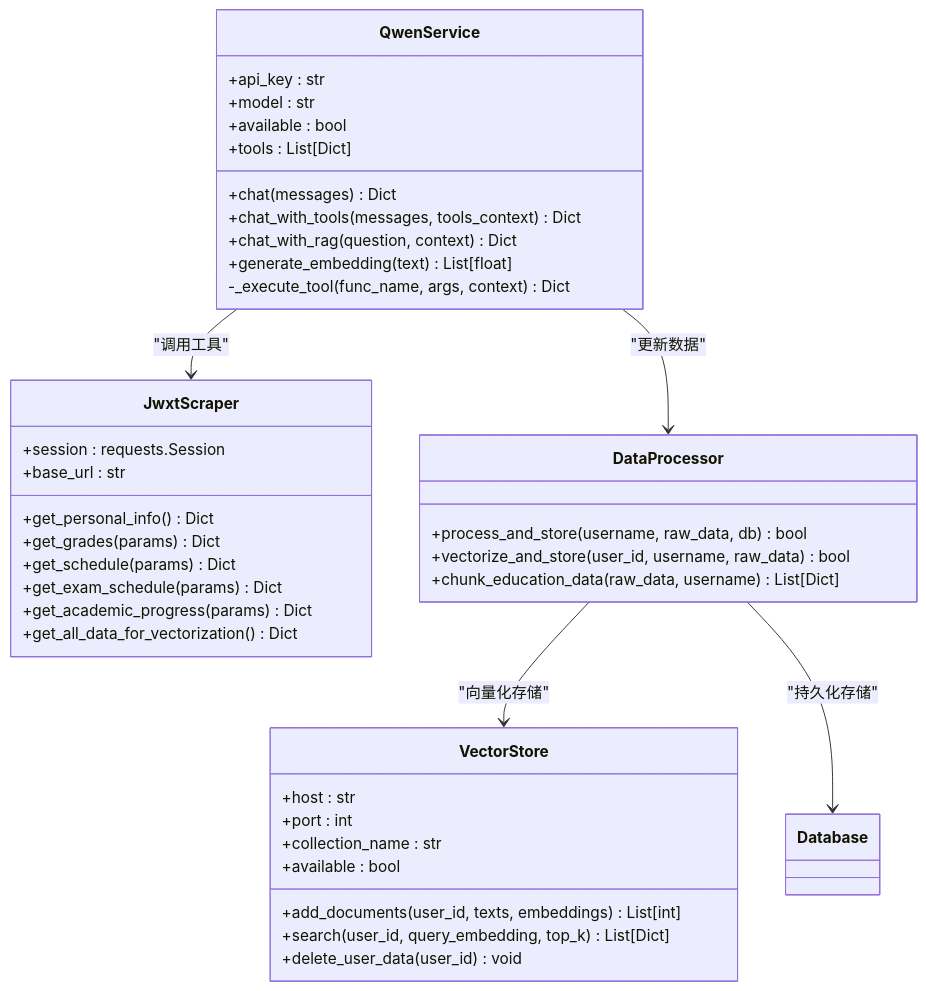
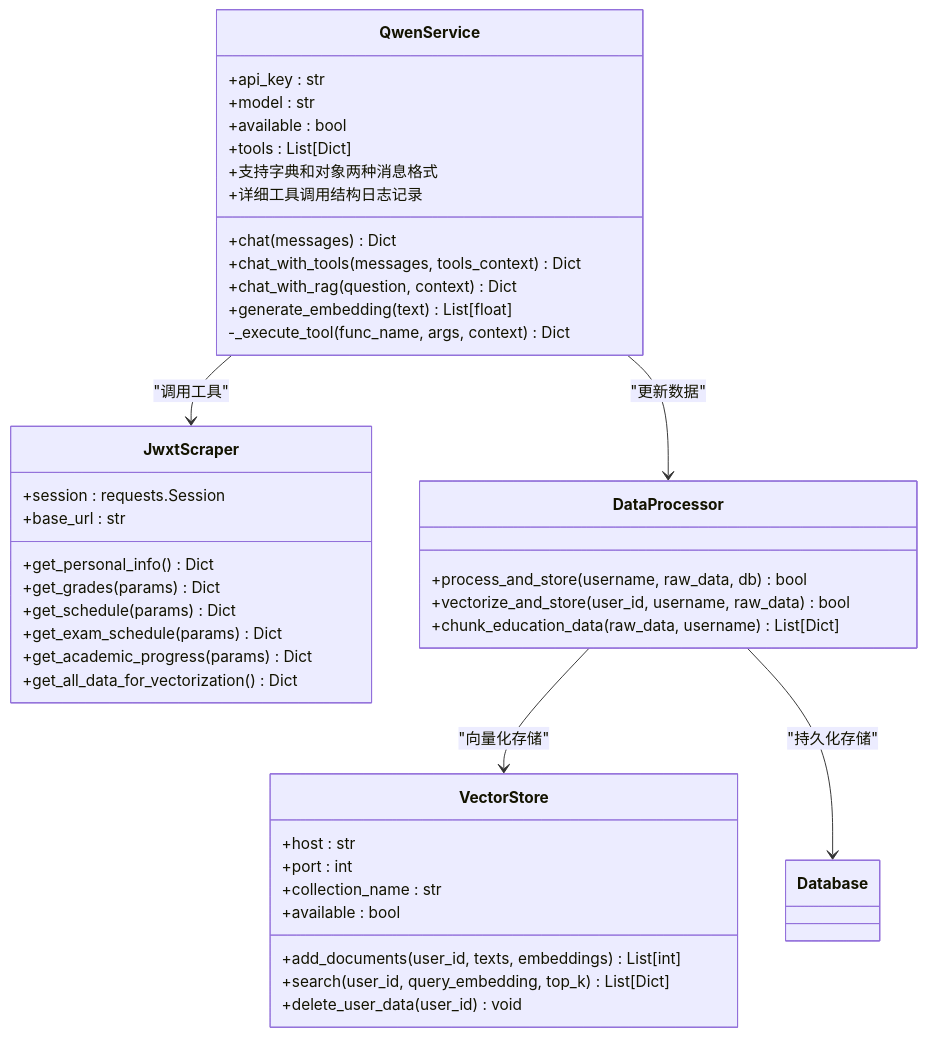
The second of 10 diagrams in .qoder/repowiki/zh/content/AI智能问答系统/AI工具调用功能.md (ghbbn053-ship-itsoulddog/soulddog), drawn with Mermaid before and after one commit. The commit also changed other lines of this file and 5 other files, not shown here.

````diff
--- a/.qoder/repowiki/zh/content/AI智能问答系统/AI工具调用功能.md
+++ b/.qoder/repowiki/zh/content/AI智能问答系统/AI工具调用功能.md
@@ -96,42 +103,44 @@
 ```mermaid
 classDiagram
 class QwenService {
 +api_key : str
 +model : str
 +available : bool
 +tools : List[Dict]
 +chat(messages) Dict
 +chat_with_tools(messages, tools_context) Dict
 +chat_with_rag(question, context) Dict
 +generate_embedding(text) List[float]
 -_execute_tool(func_name, args, context) Dict
++支持字典和对象两种消息格式
++详细工具调用结构日志记录
 }
 class JwxtScraper {
 +session : requests.Session
 +base_url : str
 +get_personal_info() Dict
 +get_grades(params) Dict
 +get_schedule(params) Dict
 +get_exam_schedule(params) Dict
 +get_academic_progress(params) Dict
 +get_all_data_for_vectorization() Dict
 }
 class DataProcessor {
 +process_and_store(username, raw_data, db) bool
 +vectorize_and_store(user_id, username, raw_data) bool
 +chunk_education_data(raw_data, username) List[Dict]
 }
 class VectorStore {
 +host : str
 +port : int
 +collection_name : str
 +available : bool
 +add_documents(user_id, texts, embeddings) List[int]
 +search(user_id, query_embedding, top_k) List[Dict]
 +delete_user_data(user_id) void
 }
 QwenService --> JwxtScraper : "调用工具"
 QwenService --> DataProcessor : "更新数据"
 DataProcessor --> VectorStore : "向量化存储"
 DataProcessor --> Database : "持久化存储"
 ```
````
